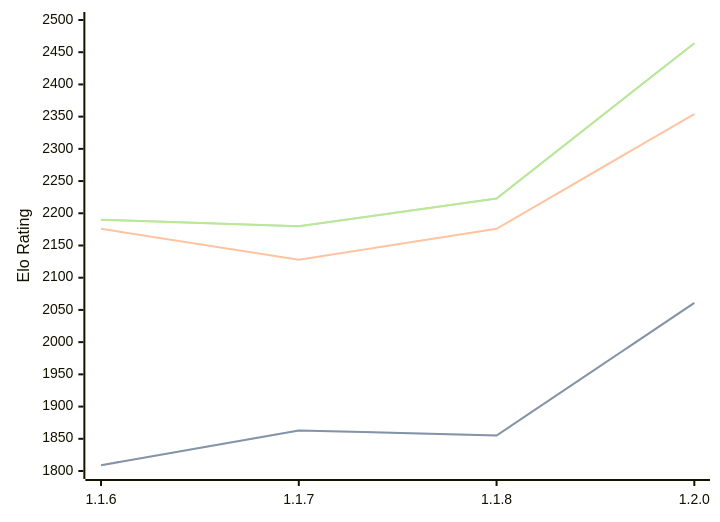
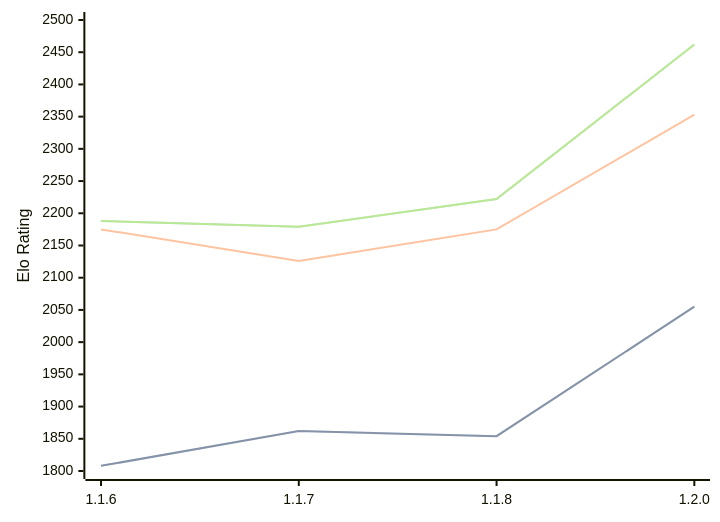
The diagram in engines/Soomi.md (computer-chess-index/cci), drawn with Mermaid before and after one commit. The commit also changed other lines of this file, not shown here.

Commit message:
Update CCI Ratings (ELO VLTC) - 2026-04-06

````diff
--- a/engines/Soomi.md
+++ b/engines/Soomi.md
@@ -34,11 +34,11 @@
 ```mermaid
 %%{init: {"theme":"base","themeVariables":{"seriesColors:['#a3a3a3','#222221','#faa371']}}}%%
 xychart-beta
   x-axis ["1.1.6", "1.1.7", "1.1.8", "1.2.0"]
   y-axis "Elo Rating" 1800 --> 2500
-  line "STC (8.0+0.08s)" [1809, 1863, 1855, 2061]
-  line "STC (8.0+0.08s)" [1809, 1863, 1855, 2061]
-  line "LTC (60.0+0.60s)" [2176, 2128, 2176, 2354]
-  line "VLTC (2m24s+1.12s)" [2190, 2180, 2223, 2464]
-  line "VLTC (2m24s+1.12s)" [2190, 2180, 2223, 2464]
+  line "STC (8.0+0.08s)" [1808, 1862, 1854, 2055]
+  line "STC (8.0+0.08s)" [1808, 1862, 1854, 2055]
+  line "LTC (60.0+0.60s)" [2175, 2126, 2175, 2353]
+  line "VLTC (2m24s+1.12s)" [2188, 2179, 2222, 2462]
+  line "VLTC (2m24s+1.12s)" [2188, 2179, 2222, 2462]
 ```
````
